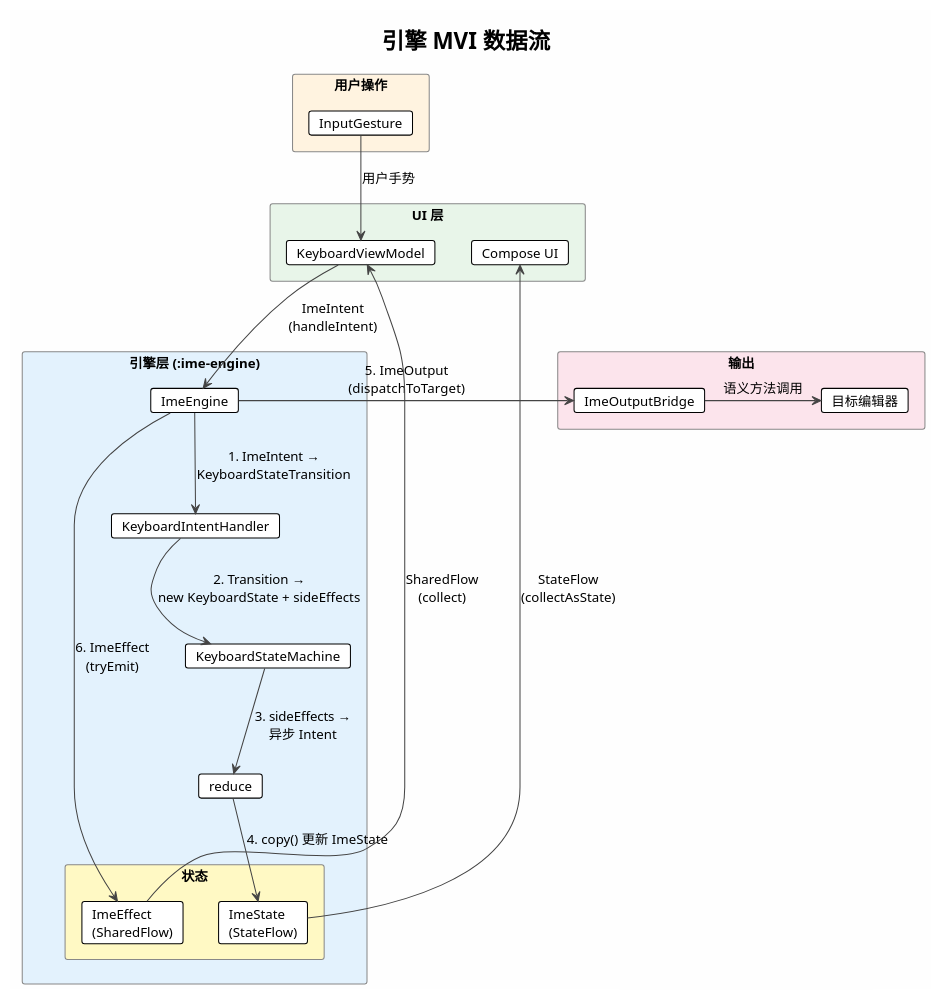
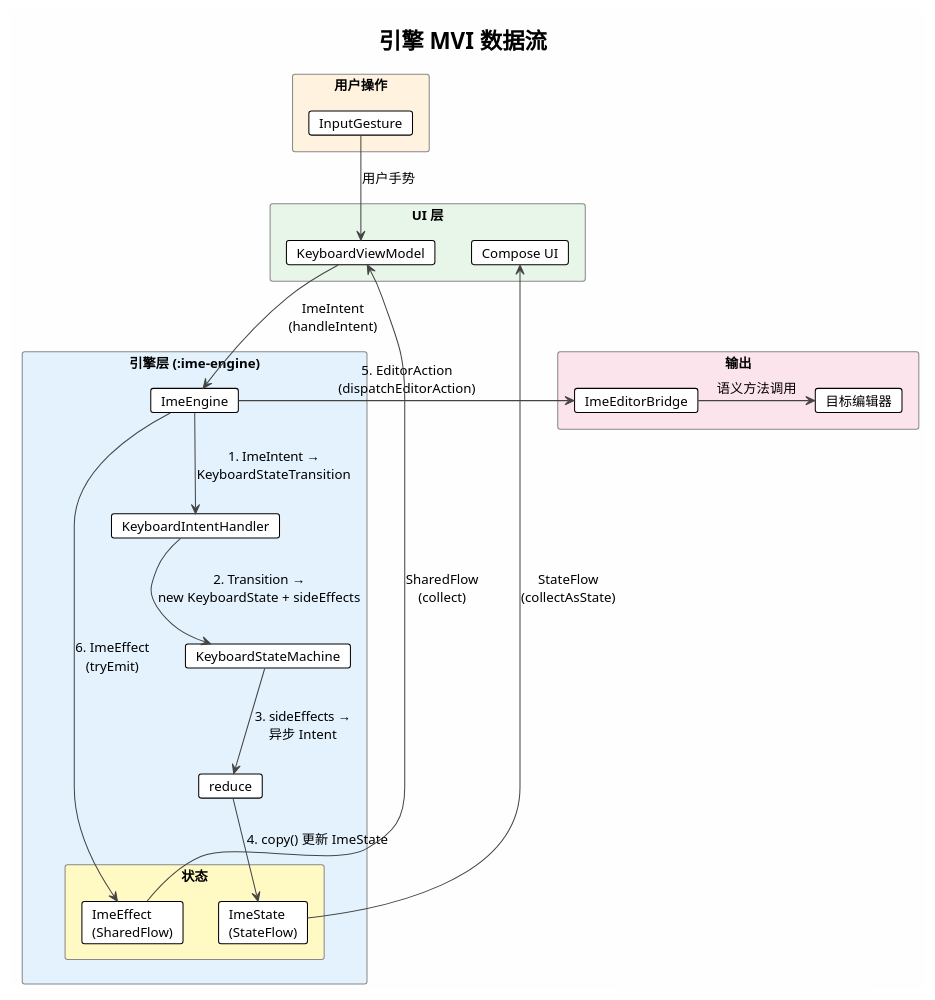
The diagram in docs/ai-agent/v4/design/diagrams/engine-mvi-data-flow.puml (crazydan-studio/kuaizi-ime-android), drawn with PlantUML before and after one commit. The commit also changed 26 other files, not shown here.

First line of the commit message:
refactor: 重命名 ImeOutput → EditorAction, ImeOutputBridge → ImeEditorBridge, BaseImeOutputBridge → BaseImeEditorBridge, dispatchToTarget → dispatchEditorAction

```diff
--- a/docs/ai-agent/v4/design/diagrams/engine-mvi-data-flow.puml
+++ b/docs/ai-agent/v4/design/diagrams/engine-mvi-data-flow.puml
@@ -1,57 +1,57 @@
 @startuml engine-mvi-data-flow
 !theme plain
 skinparam backgroundColor #FEFEFE
 skinparam defaultFontSize 13
 skinparam ArrowColor #444444
 skinparam RectangleBorderColor #888888
 skinparam NoteBorderColor #AAAAAA
 skinparam NoteBackgroundColor #F5F5F5
 
 title 引擎 MVI 数据流
 
 rectangle "用户操作" as user #FFF3E0 {
   card "InputGesture" as gesture
 }
 
 rectangle "UI 层" as ui #E8F5E9 {
   card "KeyboardViewModel" as vm
   card "Compose UI" as compose
 }
 
 rectangle "引擎层 (:ime-engine)" as engine #E3F2FD {
   card "ImeEngine" as imeEngine
   card "KeyboardIntentHandler" as handler
   card "KeyboardStateMachine" as sm
   card "reduce" as reduce
   
   rectangle "状态" as states #FFF9C4 {
     card "ImeState\n(StateFlow)" as state
     card "ImeEffect\n(SharedFlow)" as effect
   }
 }
 
 rectangle "输出" as output #FCE4EC {
-  card "ImeOutputBridge" as bridge
+  card "ImeEditorBridge" as bridge
   card "目标编辑器" as editor
 }
 
 ' 输入流
 gesture -down-> vm : 用户手势
 vm -down-> imeEngine : ImeIntent\n(handleIntent)
 imeEngine -down-> handler : 1. ImeIntent →\nKeyboardStateTransition
 handler -down-> sm : 2. Transition →\nnew KeyboardState + sideEffects
 sm -down-> reduce : 3. sideEffects →\n异步 Intent
 reduce -down-> state : 4. copy() 更新 ImeState
 
 ' 输出流
-imeEngine -right-> bridge : 5. ImeOutput\n(dispatchToTarget)
+imeEngine -right-> bridge : 5. EditorAction\n(dispatchEditorAction)
 bridge -right-> editor : 语义方法调用
 
 ' 副作用流
 imeEngine -right-> effect : 6. ImeEffect\n(tryEmit)
 
 ' UI 订阅
 state -up-> compose : StateFlow\n(collectAsState)
 effect -up-> vm : SharedFlow\n(collect)
 
 @enduml
```
